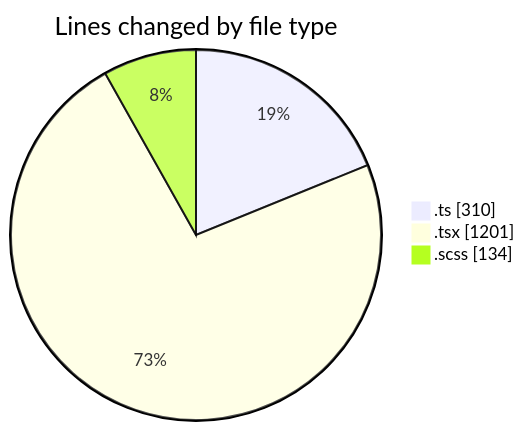
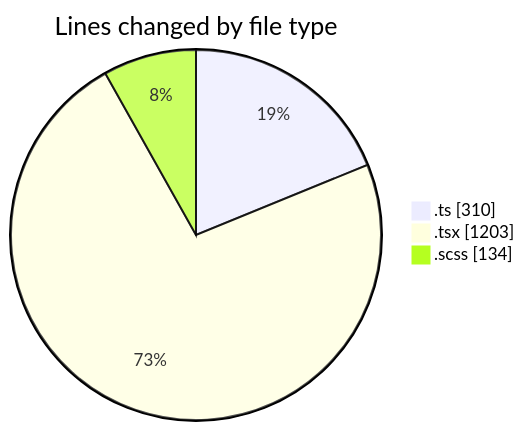
Before and after one commit to momahboobian/code-tracking: the first of 2 diagrams in 2026-09-09/cda/README.md, drawn with Mermaid. The commit also changed other lines of this file and 1 other file, not shown here.

````diff
--- a/2026-09-09/cda/README.md
+++ b/2026-09-09/cda/README.md
@@ -34,7 +34,7 @@
 ```mermaid
 pie showData
 title Lines changed by file type
 ".ts" : 310
-".tsx" : 1201
+".tsx" : 1203
 ".scss" : 134
 ```
````
